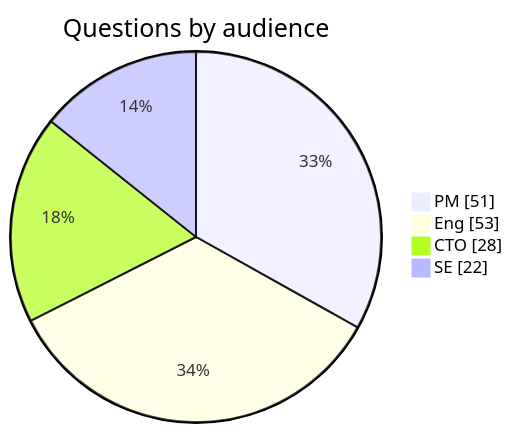
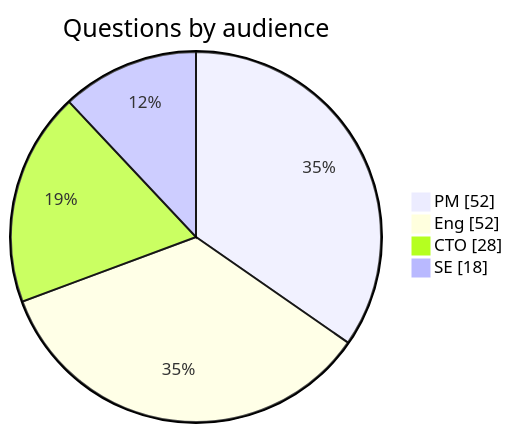
One commit to FrankHuang94/storage-_db_claude changed the first of 2 diagrams in docs/08-conversation-toolkit/57-question-bank.md. Above: the diagram before and after it, drawn with Mermaid. The commit also changed other lines of this file and 10 other files, not shown here.

````diff
--- a/docs/08-conversation-toolkit/57-question-bank.md
+++ b/docs/08-conversation-toolkit/57-question-bank.md
@@ -57,8 +51,8 @@
 ```mermaid
 pie showData
     title Questions by audience
-    "PM" : 51
-    "Eng" : 53
+    "PM" : 52
+    "Eng" : 52
     "CTO" : 28
-    "SE" : 22
+    "SE" : 18
 ```
````
